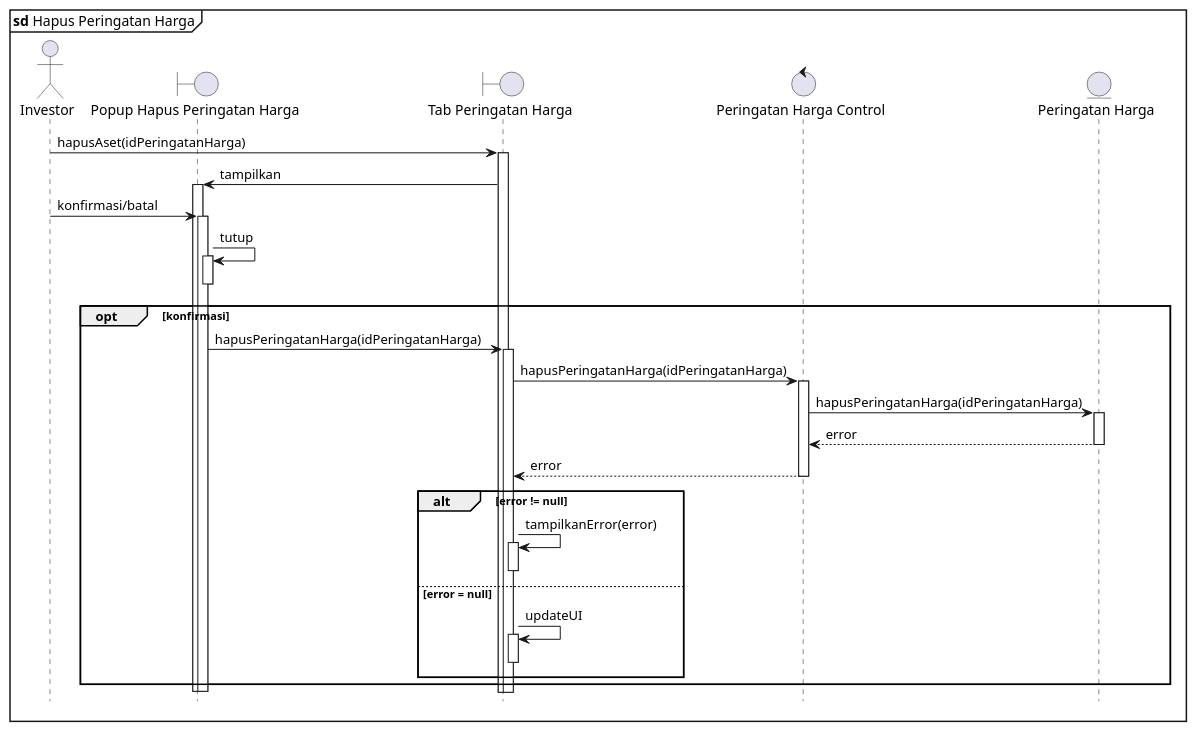
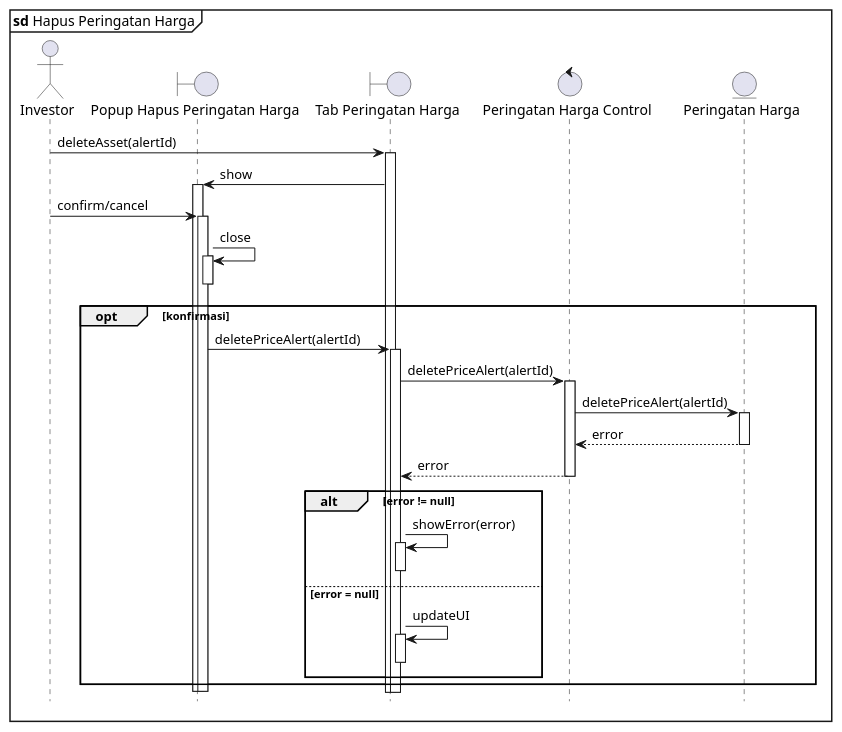
One commit to clarestarahma/manajemen-investasi changed the diagram in sequence/hapus-peringatan-harga.puml. Above: the diagram before and after it, drawn with PlantUML. The commit also changed 12 other files, not shown here.

```diff
--- a/sequence/hapus-peringatan-harga.puml
+++ b/sequence/hapus-peringatan-harga.puml
@@ -1,45 +1,45 @@
 @startuml Sequence
 
 skinparam maxMessageSize 250
 
 hide footbox
 autoactivate on
 
 mainframe **sd** Hapus Peringatan Harga
 
 actor Investor as I
 boundary "Popup Hapus Peringatan Harga" as PHPH
 boundary "Tab Peringatan Harga" as TPH
 control "Peringatan Harga Control" as PHC
 entity "Peringatan Harga" as PH
 
-I -> TPH : hapusAset(idPeringatanHarga)
-TPH -> PHPH : tampilkan
+I -> TPH : deleteAsset(alertId)
+TPH -> PHPH : show
 
-I -> PHPH : konfirmasi/batal
+I -> PHPH : confirm/cancel
 
-PHPH -> PHPH : tutup
+PHPH -> PHPH : close
 deactivate PHPH
 
 opt konfirmasi
-  PHPH -> TPH : hapusPeringatanHarga(idPeringatanHarga)
-  TPH -> PHC : hapusPeringatanHarga(idPeringatanHarga)
-  PHC -> PH : hapusPeringatanHarga(idPeringatanHarga)
+  PHPH -> TPH : deletePriceAlert(alertId)
+  TPH -> PHC : deletePriceAlert(alertId)
+  PHC -> PH : deletePriceAlert(alertId)
   PH --> PHC : error
   PHC --> TPH : error
 
   alt error != null
-    TPH -> TPH : tampilkanError(error)
+    TPH -> TPH : showError(error)
     deactivate TPH
   else error = null
     TPH -> TPH : updateUI
     deactivate TPH
   end
 end
 
 deactivate PHPH
 deactivate PHPH
 
 
 
 @enduml
```
